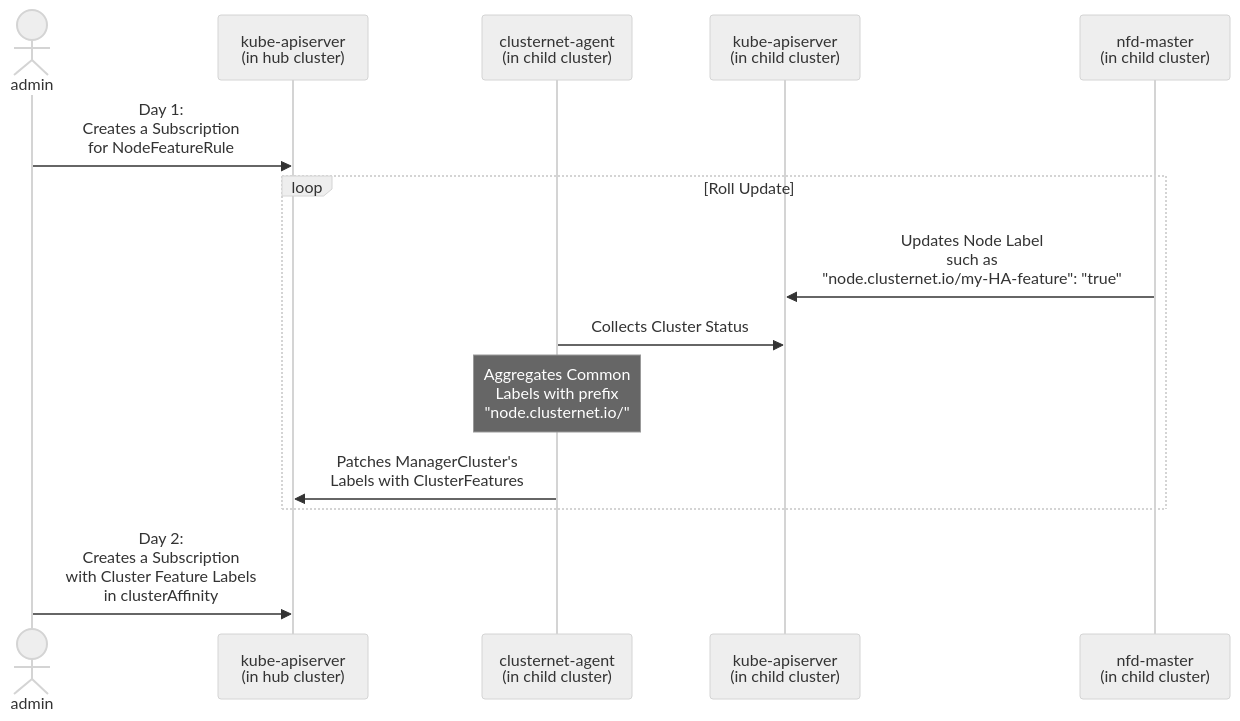
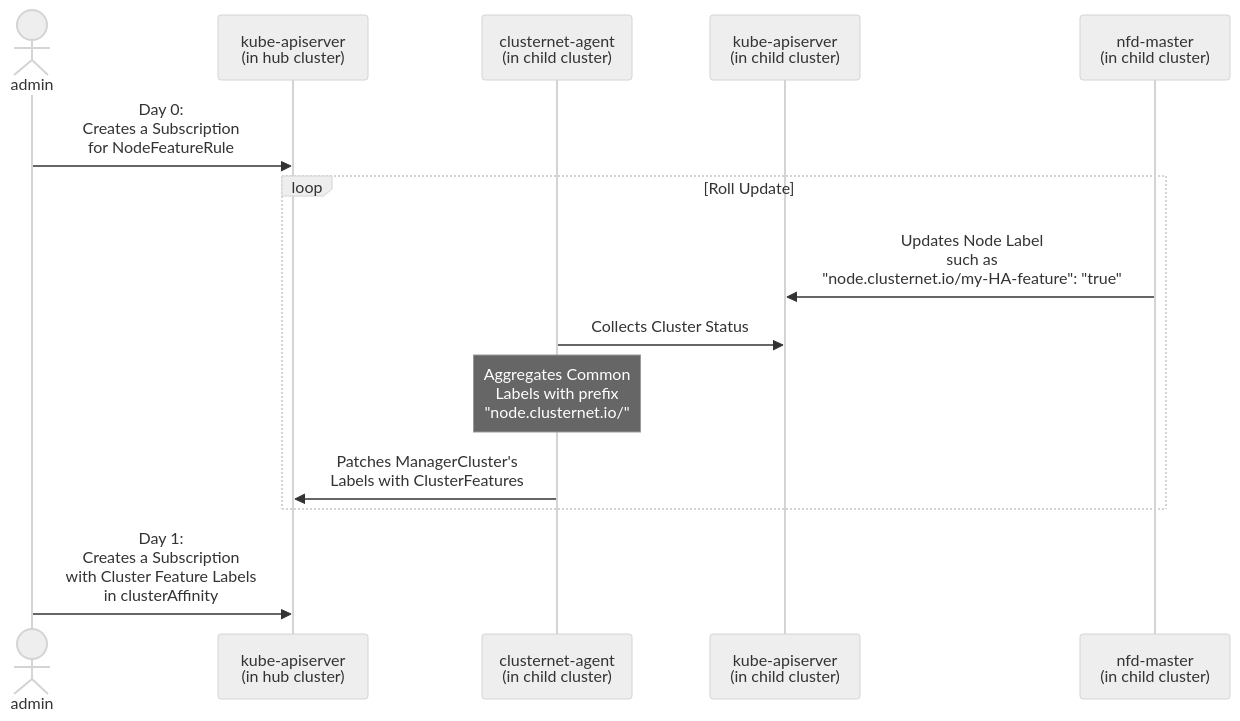
The diagram in content/zh-cn/proposals/ha-nfd.md (clusternet/website), drawn with Mermaid (neutral theme) before and after one commit.

Commit message:
updated NFD diagram (zh-cn) with Day0 and Day1 (#54)

````diff
--- a/content/zh-cn/proposals/ha-nfd.md
+++ b/content/zh-cn/proposals/ha-nfd.md
@@ -49,21 +49,21 @@
 ```mermaid
 sequenceDiagram
     actor admin
     participant HK as kube-apiserver<br>(in hub cluster)
     participant A as clusternet-agent<br>(in child cluster)
     participant EK as kube-apiserver<br>(in child cluster)
     participant NM as nfd-master<br>(in child cluster)
 
     %% Subscription
-    admin->>HK: Day 1:<br>Creates a Subscription<br>for NodeFeatureRule
+    admin->>HK: Day 0:<br>Creates a Subscription<br>for NodeFeatureRule
 
     %% Cluster Status update
     loop Roll Update
         NM->>EK: Updates Node Label<br>such as<br>"node.clusternet.io/my-HA-feature": "true"
         A->>EK: Collects Cluster Status
         Note over A: Aggregates Common<br>Labels with prefix<br>"node.clusternet.io/"
         A->>HK: Patches ManagerCluster's<br>Labels with ClusterFeatures
     end
 
-    admin->>HK: Day 2:<br>Creates a Subscription<br>with Cluster Feature Labels<br>in clusterAffinity
+    admin->>HK: Day 1:<br>Creates a Subscription<br>with Cluster Feature Labels<br>in clusterAffinity
 ```
````
